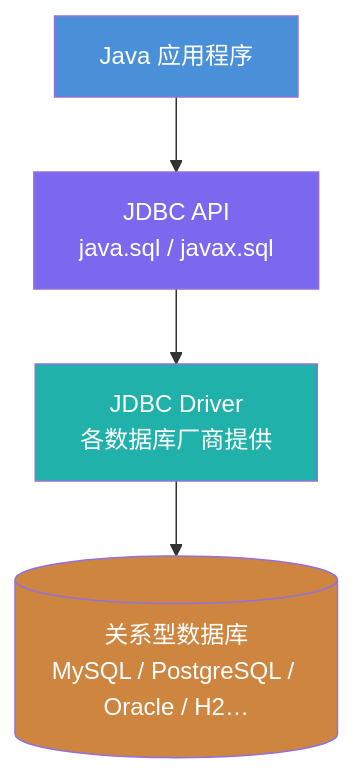
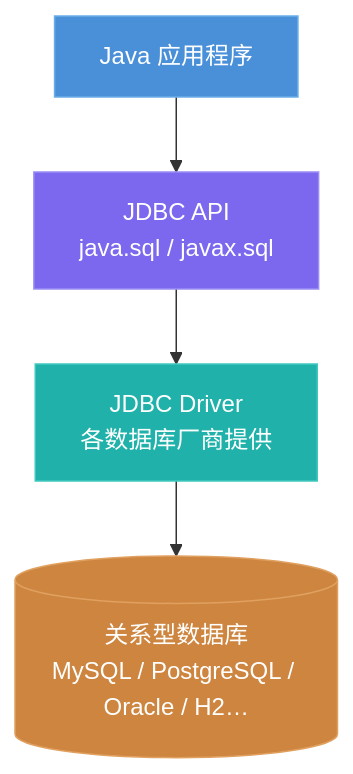
One commit to luguosong/programming-notes changed the first of 2 diagrams in docs/java/database/jdbc/index.md. Above: the diagram before and after it, drawn with Mermaid. The commit also changed other lines of this file, not shown here.

````diff
--- a/docs/java/database/jdbc/index.md
+++ b/docs/java/database/jdbc/index.md
@@ -13,11 +13,11 @@
 ``` mermaid
 graph TB
     A[Java 应用程序] --> B[JDBC API\njava.sql / javax.sql]
     B --> C[JDBC Driver\n各数据库厂商提供]
     C --> D[(关系型数据库\nMySQL / PostgreSQL / Oracle / H2…)]
 
-    style A fill:#4A90D9,color:#fff
-    style B fill:#7B68EE,color:#fff
-    style C fill:#20B2AA,color:#fff
-    style D fill:#CD853F,color:#fff
+    style A fill:#4A90D9,stroke:#6aaee8,color:#fff
+    style B fill:#7B68EE,stroke:#9b8ef5,color:#fff
+    style C fill:#20B2AA,stroke:#40c8c0,color:#fff
+    style D fill:#CD853F,stroke:#e0a060,color:#fff
 ```
````
